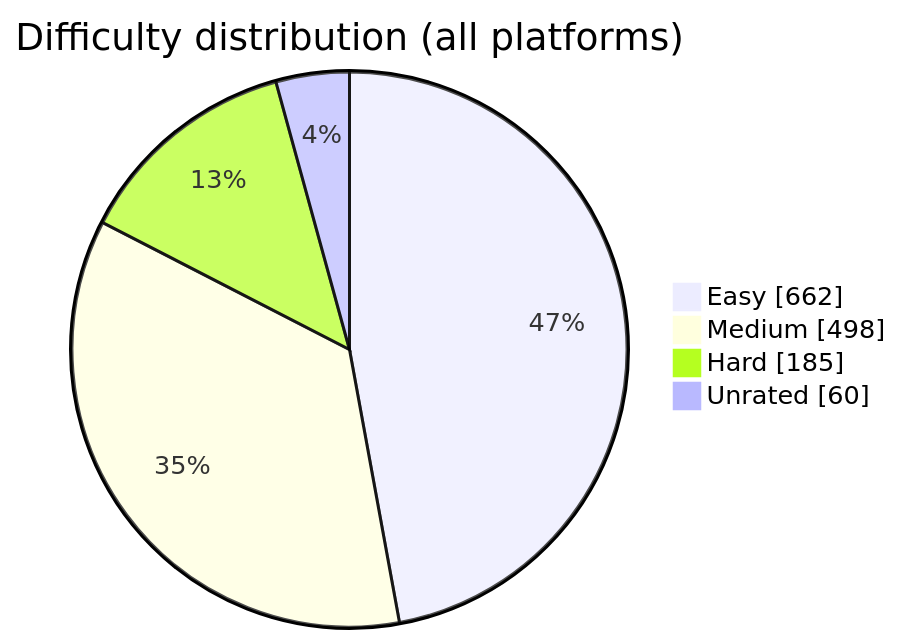
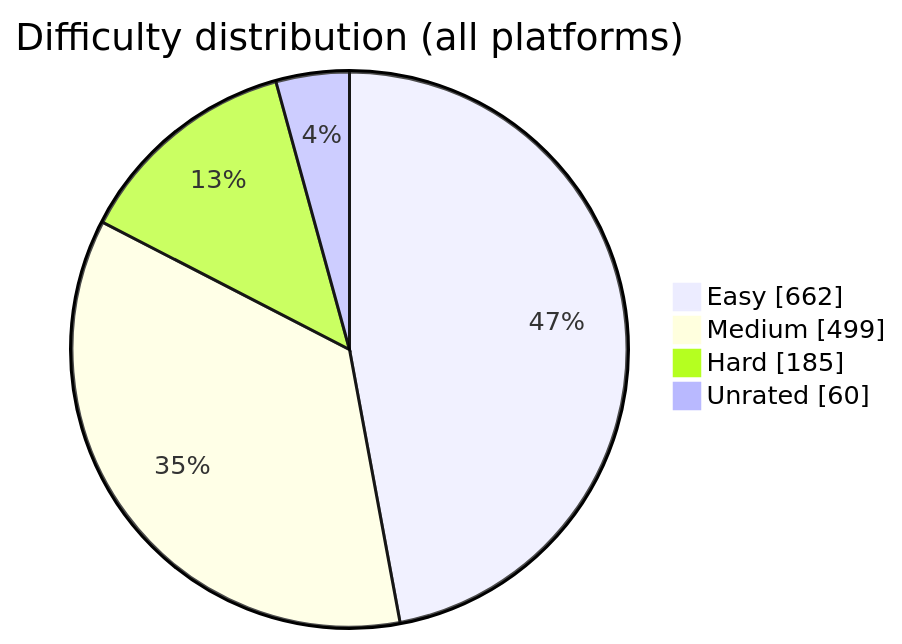
Before and after one commit to BuildbyArindam/Daily-Coding-Log: the diagram in README.md, drawn with Mermaid. The commit also changed other lines of this file, not shown here.

````diff
--- a/README.md
+++ b/README.md
@@ -93,7 +93,7 @@
 ```mermaid
 pie showData title Difficulty distribution (all platforms)
     "Easy" : 662
-    "Medium" : 498
+    "Medium" : 499
     "Hard" : 185
     "Unrated" : 60
 ```
````
